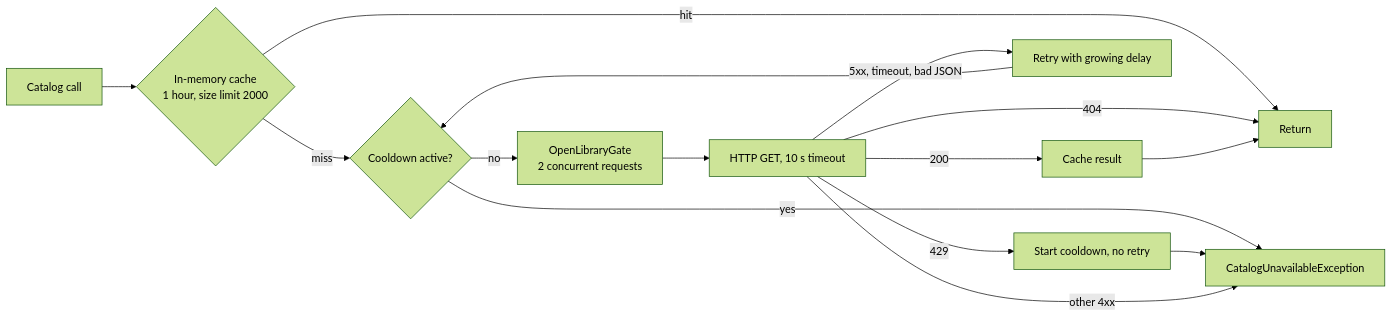
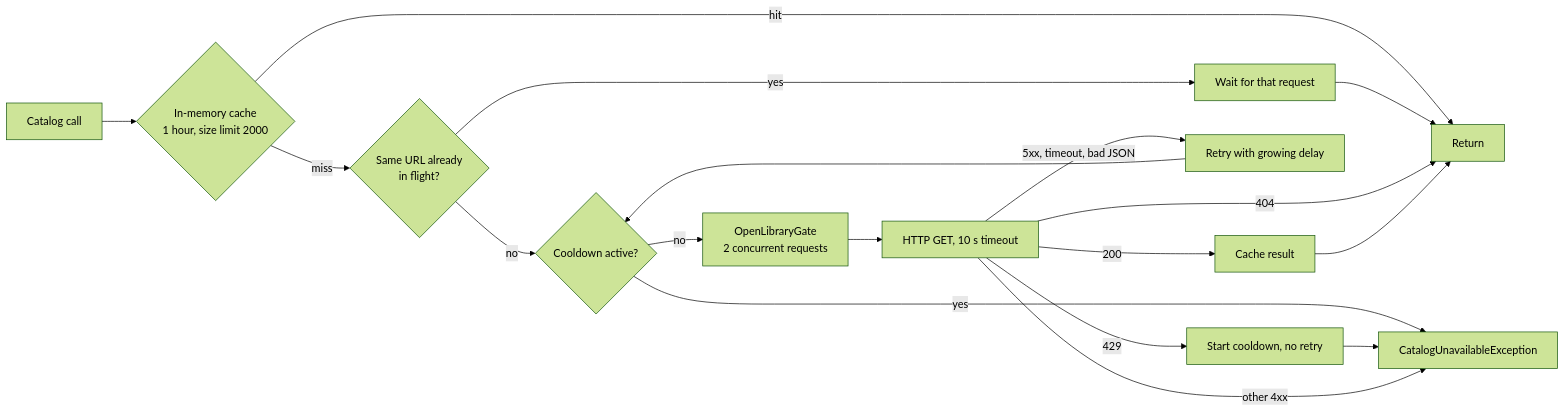
One commit to juan-alvarez-at-trip-arc/find-that-book changed the diagram in docs/architecture/06-open-library-protection.md. Above: the diagram before and after it, drawn with Mermaid (forest theme). The commit also changed 5 other files, not shown here.

First line of the commit message:
fix: share concurrent Open Library lookups for the same URL

````diff
--- a/docs/architecture/06-open-library-protection.md
+++ b/docs/architecture/06-open-library-protection.md
@@ -3,14 +3,16 @@
 ```mermaid
 flowchart LR
     req[Catalog call] --> cache{"In-memory cache<br/>1 hour, size limit 2000"}
     cache -- hit --> ret[Return]
-    cache -- miss --> cd{Cooldown active?}
+    cache -- miss --> infl{"Same URL already<br/>in flight?"}
+    infl -- yes --> join[Wait for that request] --> ret
+    infl -- no --> cd{Cooldown active?}
     cd -- yes --> fail[CatalogUnavailableException]
     cd -- no --> gate["OpenLibraryGate<br/>2 concurrent requests"]
     gate --> http[HTTP GET, 10 s timeout]
     http -- 429 --> start["Start cooldown, no retry"] --> fail
     http -- "5xx, timeout, bad JSON" --> retry["Retry with growing delay"] --> cd
     http -- other 4xx --> fail
     http -- 404 --> ret
     http -- 200 --> store[Cache result] --> ret
 ```
````
